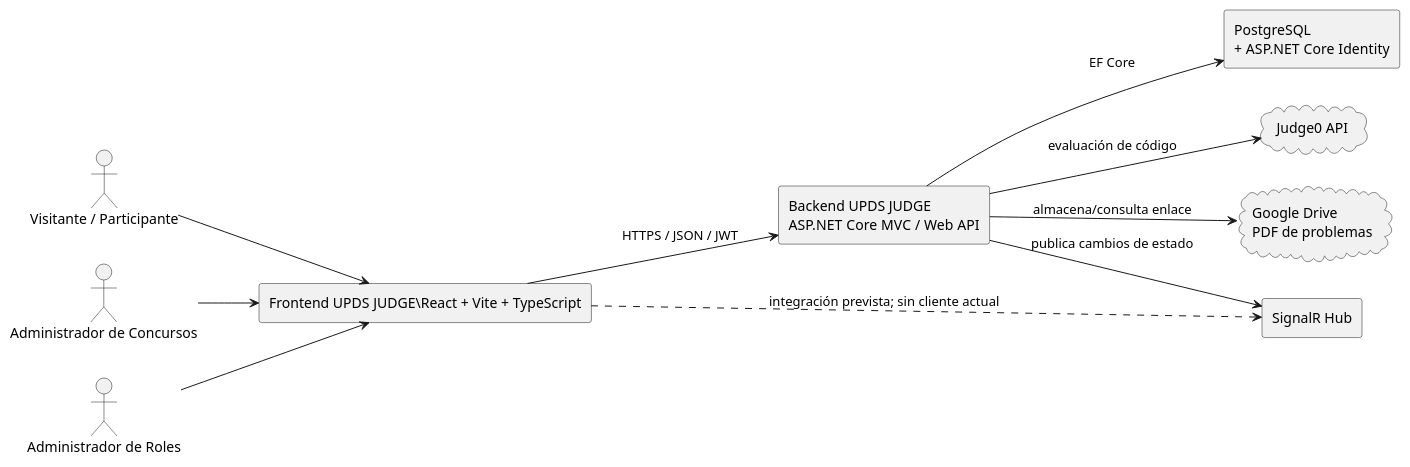
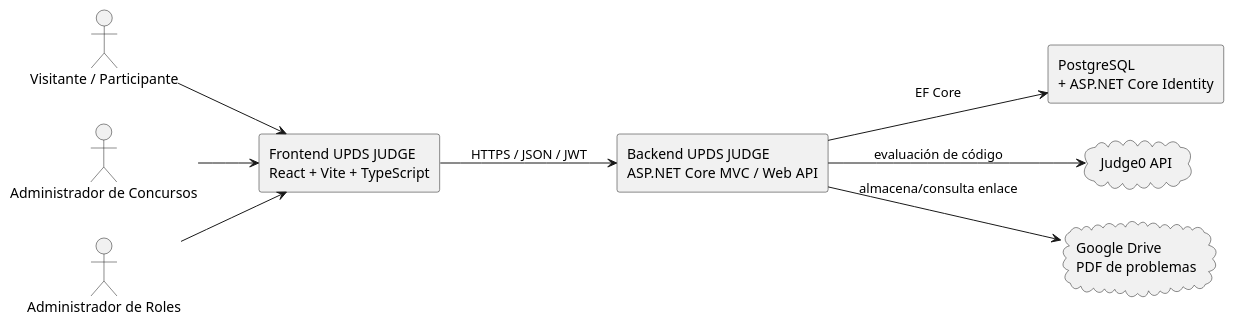
The diagram in docs/puml/modelo-contexto.puml (Alex-Fernandez-2003/UPDS-JUDGE-FRONT), drawn with PlantUML before and after one commit. The commit also changed 17 other files, not shown here.

```diff
--- a/docs/puml/modelo-contexto.puml
+++ b/docs/puml/modelo-contexto.puml
@@ -1,22 +1,19 @@
 @startuml
 left to right direction
 skinparam componentStyle rectangle
 actor "Visitante / Participante" as User
 actor "Administrador de Concursos" as ContestAdmin
 actor "Administrador de Roles" as RoleAdmin
-rectangle "Frontend UPDS JUDGE\React + Vite + TypeScript" as Front
+rectangle "Frontend UPDS JUDGE\nReact + Vite + TypeScript" as Front
 rectangle "Backend UPDS JUDGE\nASP.NET Core MVC / Web API" as Back
 rectangle "PostgreSQL\n+ ASP.NET Core Identity" as DB
 cloud "Judge0 API" as Judge
 cloud "Google Drive\nPDF de problemas" as Drive
-rectangle "SignalR Hub" as Hub
 User --> Front
 ContestAdmin --> Front
 RoleAdmin --> Front
 Front --> Back : HTTPS / JSON / JWT
-Front ..> Hub : integración prevista; sin cliente actual
 Back --> DB : EF Core
 Back --> Judge : evaluación de código
 Back --> Drive : almacena/consulta enlace
-Back --> Hub : publica cambios de estado
 @enduml
```
